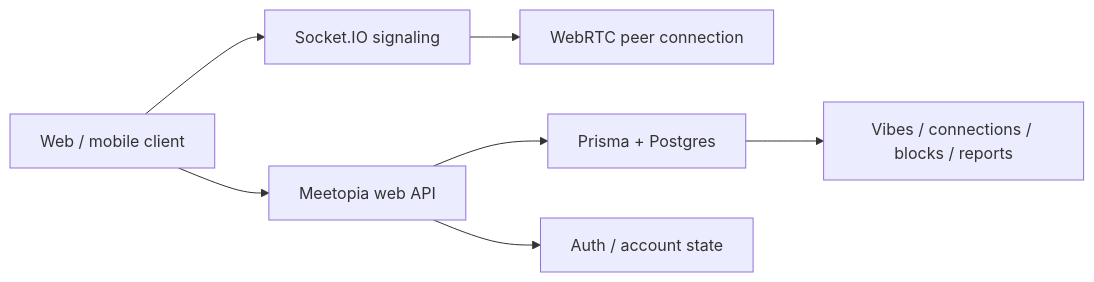
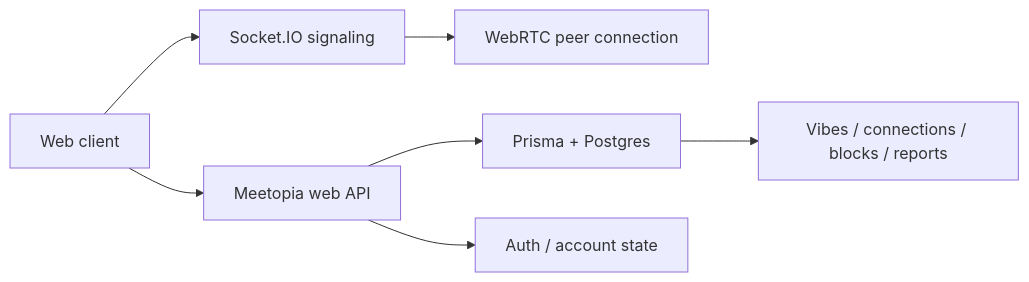
One commit to BTheCoderr/MeetopiaAPP changed the diagram in README.md. Above: the diagram before and after it, drawn with Mermaid. The commit also changed other lines of this file, not shown here.

Commit message:
Align README with web beta source of truth [skip netlify]

````diff
--- a/README.md
+++ b/README.md
@@ -41,9 +41,9 @@
 ```mermaid
 flowchart LR
-    A[Web / mobile client] --> B[Meetopia web API]
+    A[Web client] --> B[Meetopia web API]
     A --> C[Socket.IO signaling]
     C --> D[WebRTC peer connection]
     B --> E[Prisma + Postgres]
     B --> F[Auth / account state]
     E --> G[Vibes / connections / blocks / reports]
 ```
````
